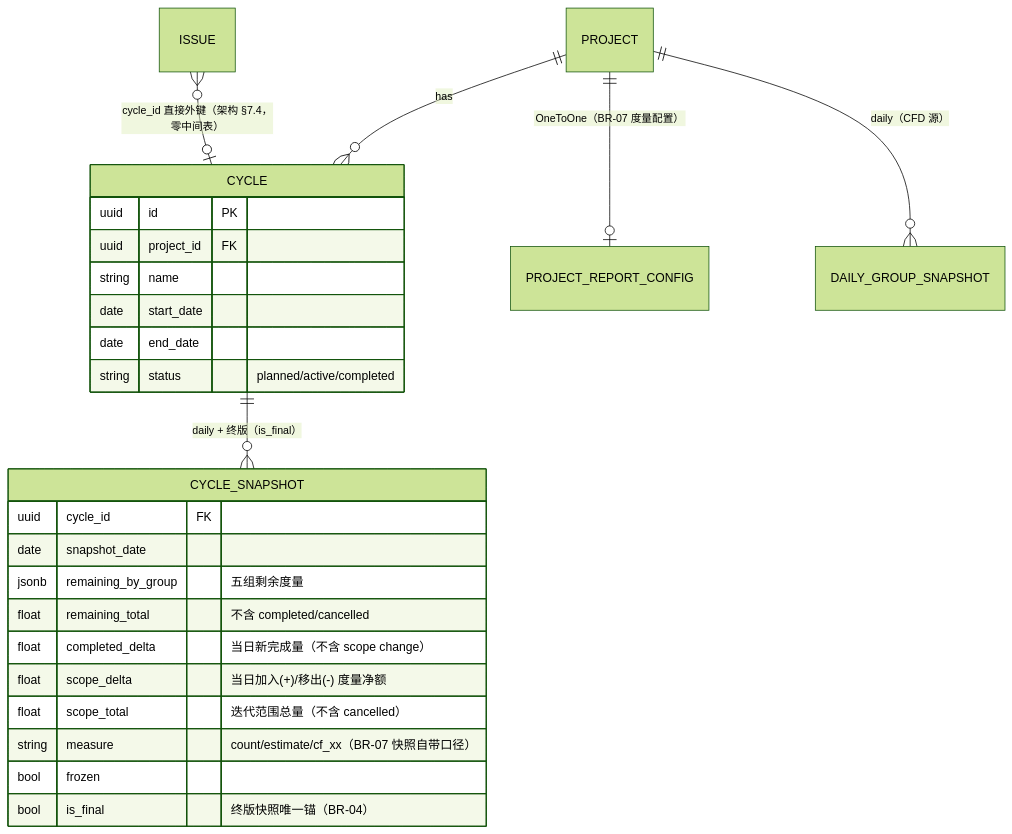
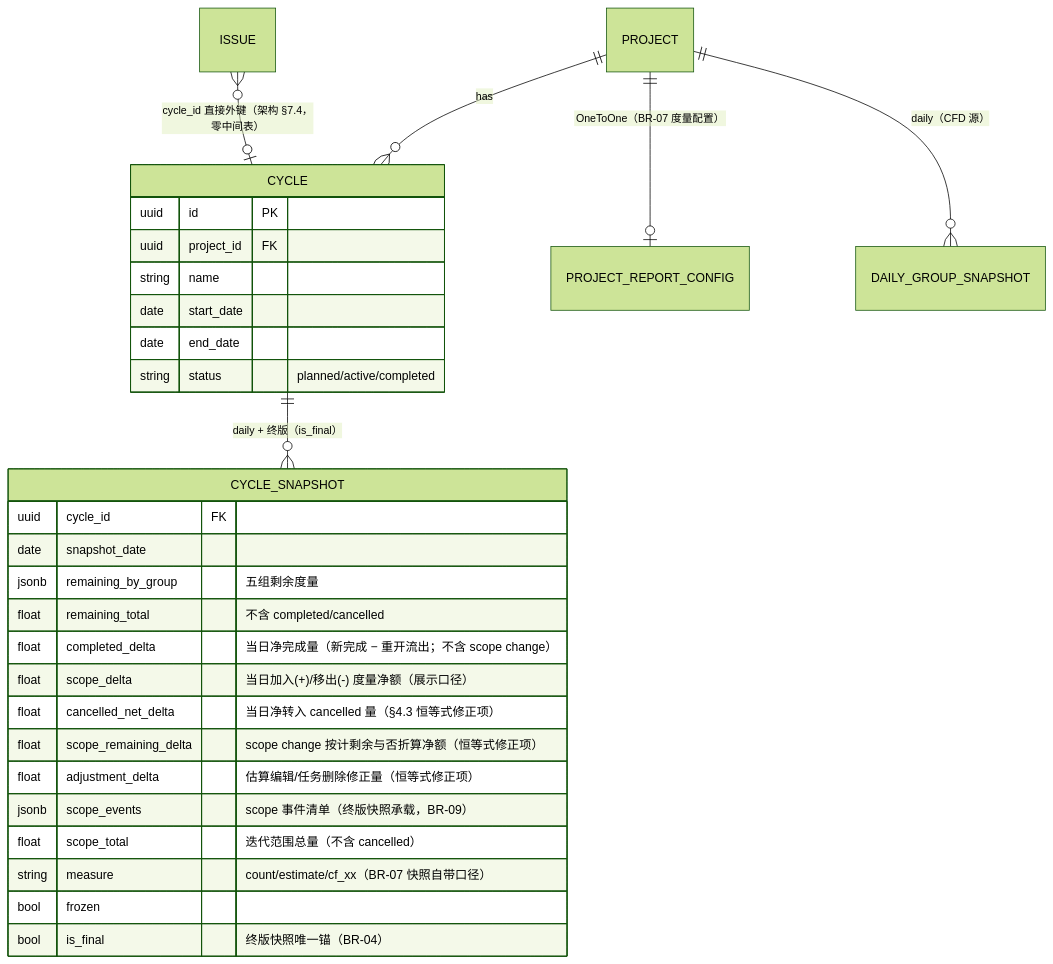
One commit to RabbitAI-Lab/RabbitProjects changed the second of 2 diagrams in docs/sprint-9-enterprise-portfolio/RPT-003-agile-reports.md. Above: the diagram before and after it, drawn with Mermaid (forest theme). The commit also changed other lines of this file and 5 other files, not shown here.

````diff
--- a/docs/sprint-9-enterprise-portfolio/RPT-003-agile-reports.md
+++ b/docs/sprint-9-enterprise-portfolio/RPT-003-agile-reports.md
@@ -203,28 +205,32 @@
 ```mermaid
 erDiagram
     PROJECT ||--o{ CYCLE : has
     ISSUE }o--o| CYCLE : "cycle_id 直接外键（架构 §7.4，零中间表）"
     CYCLE ||--o{ CYCLE_SNAPSHOT : "daily + 终版（is_final）"
     PROJECT ||--o| PROJECT_REPORT_CONFIG : "OneToOne（BR-07 度量配置）"
     PROJECT ||--o{ DAILY_GROUP_SNAPSHOT : "daily（CFD 源）"
     CYCLE {
         uuid id PK
         uuid project_id FK
         string name
         date start_date
         date end_date
         string status "planned/active/completed"
     }
     CYCLE_SNAPSHOT {
         uuid cycle_id FK
         date snapshot_date
         jsonb remaining_by_group "五组剩余度量"
         float remaining_total "不含 completed/cancelled"
-        float completed_delta "当日新完成量（不含 scope change）"
-        float scope_delta "当日加入(+)/移出(-) 度量净额"
+        float completed_delta "当日净完成量（新完成 − 重开流出；不含 scope change）"
+        float scope_delta "当日加入(+)/移出(-) 度量净额（展示口径）"
+        float cancelled_net_delta "当日净转入 cancelled 量（§4.3 恒等式修正项）"
+        float scope_remaining_delta "scope change 按计剩余与否折算净额（恒等式修正项）"
+        float adjustment_delta "估算编辑/任务删除修正量（恒等式修正项）"
+        jsonb scope_events "scope 事件清单（终版快照承载，BR-09）"
         float scope_total "迭代范围总量（不含 cancelled）"
         string measure "count/estimate/cf_xx（BR-07 快照自带口径）"
         bool frozen
         bool is_final "终版快照唯一锚（BR-04）"
     }
 ```
````
